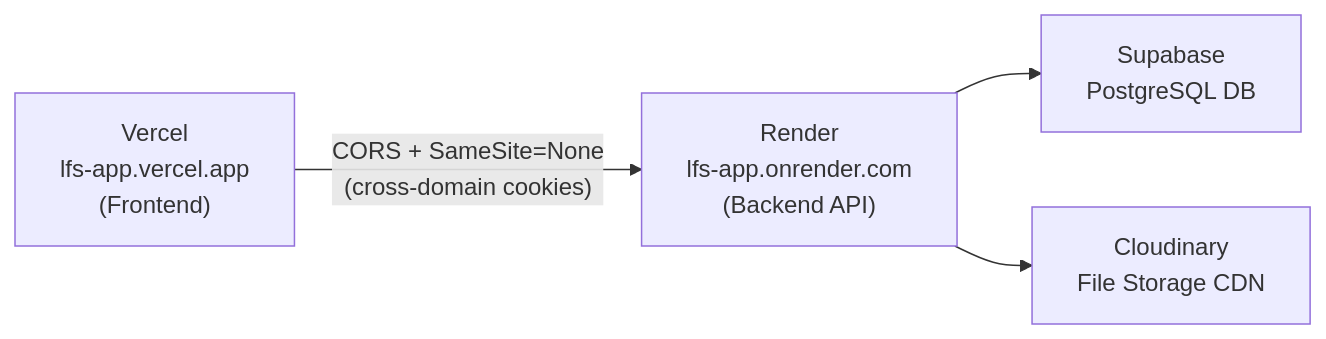
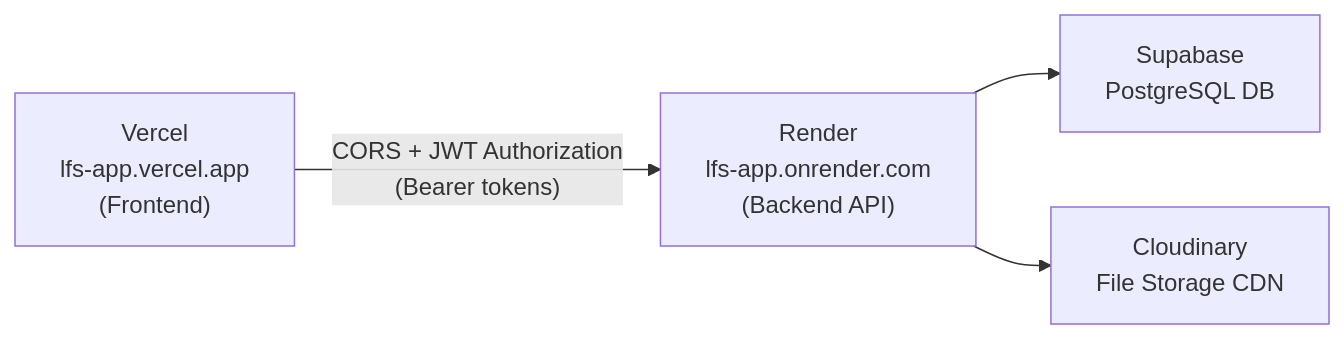
One commit to Ram-ambati/LFS-App changed the fourth of 4 diagrams in docs/PROJECT_ARCHITECTURE.md. Above: the diagram before and after it, drawn with Mermaid. The commit also changed other lines of this file and 30 other files, not shown here.

````diff
--- a/docs/PROJECT_ARCHITECTURE.md
+++ b/docs/PROJECT_ARCHITECTURE.md
@@ -195,11 +195,11 @@
 ```mermaid
 graph LR
     Vercel["Vercel\nlfs-app.vercel.app\n(Frontend)"]
     Render["Render\nlfs-app.onrender.com\n(Backend API)"]
     Supabase["Supabase\nPostgreSQL DB"]
     Cloudinary["Cloudinary\nFile Storage CDN"]
 
-    Vercel -- "CORS + SameSite=None\n(cross-domain cookies)" --> Render
+    Vercel -- "CORS + JWT Authorization\n(Bearer tokens)" --> Render
     Render --> Supabase
     Render --> Cloudinary
 ```
````
